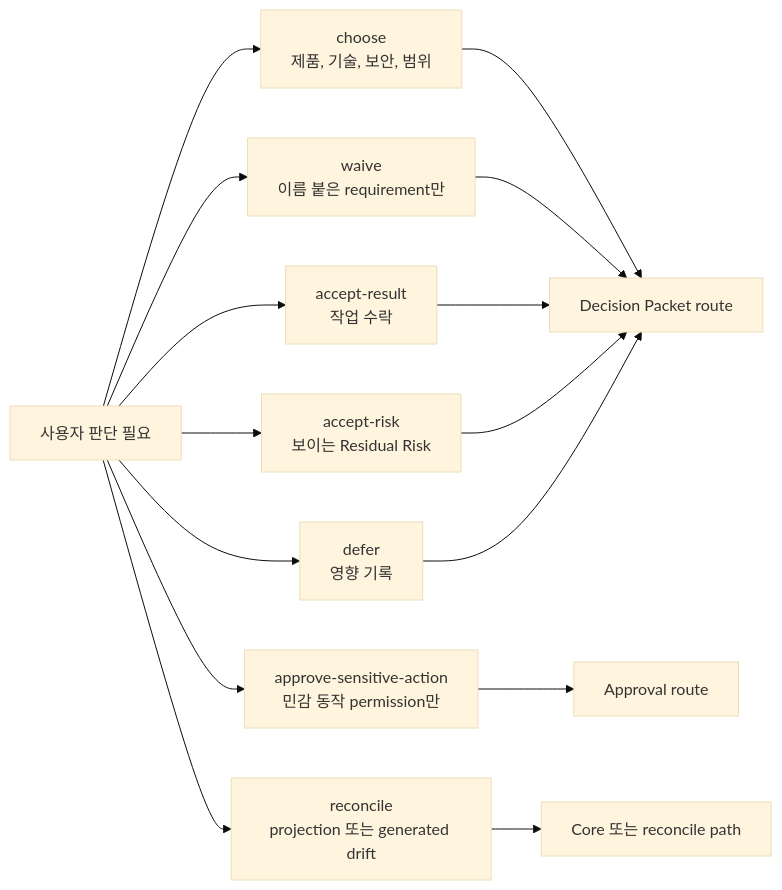
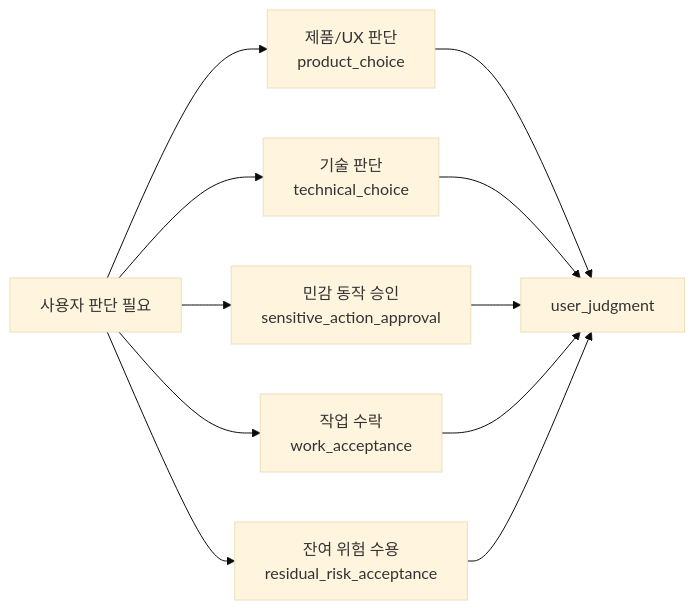
Before and after one commit to minjungw00/Harness_Project: the first of 3 diagrams in docs/ko/reference/kernel.md, drawn with Mermaid (base theme). The commit also changed other lines of this file and 90 other files, not shown here.

Commit message:
docs: simplify user judgment model and naming

````diff
--- a/docs/ko/reference/kernel.md
+++ b/docs/ko/reference/kernel.md
@@ -137,19 +122,15 @@
 ```mermaid
 flowchart LR
   Need["사용자 판단 필요"]
-  Need --> Choose["choose<br/>제품, 기술, 보안, 범위"]
-  Need --> Approve["approve-sensitive-action<br/>민감 동작 permission만"]
-  Need --> Waive["waive<br/>이름 붙은 requirement만"]
-  Need --> Accept["accept-result<br/>작업 수락"]
-  Need --> Risk["accept-risk<br/>보이는 Residual Risk"]
-  Need --> Reconcile["reconcile<br/>projection 또는 generated drift"]
-  Need --> Defer["defer<br/>영향 기록"]
+  Need --> Product["제품/UX 판단<br/>product_choice"]
+  Need --> Technical["기술 판단<br/>technical_choice"]
+  Need --> Sensitive["민감 동작 승인<br/>sensitive_action_approval"]
+  Need --> Accept["작업 수락<br/>work_acceptance"]
+  Need --> Risk["잔여 위험 수용<br/>residual_risk_acceptance"]
 
-  Choose --> Decision["Decision Packet route"]
-  Waive --> Decision
-  Accept --> Decision
-  Risk --> Decision
-  Defer --> Decision
-  Approve --> Approval["Approval route"]
-  Reconcile --> CorePath["Core 또는 reconcile path"]
+  Product --> Judgment["user_judgment"]
+  Technical --> Judgment
+  Sensitive --> Judgment
+  Accept --> Judgment
+  Risk --> Judgment
 ```
````
